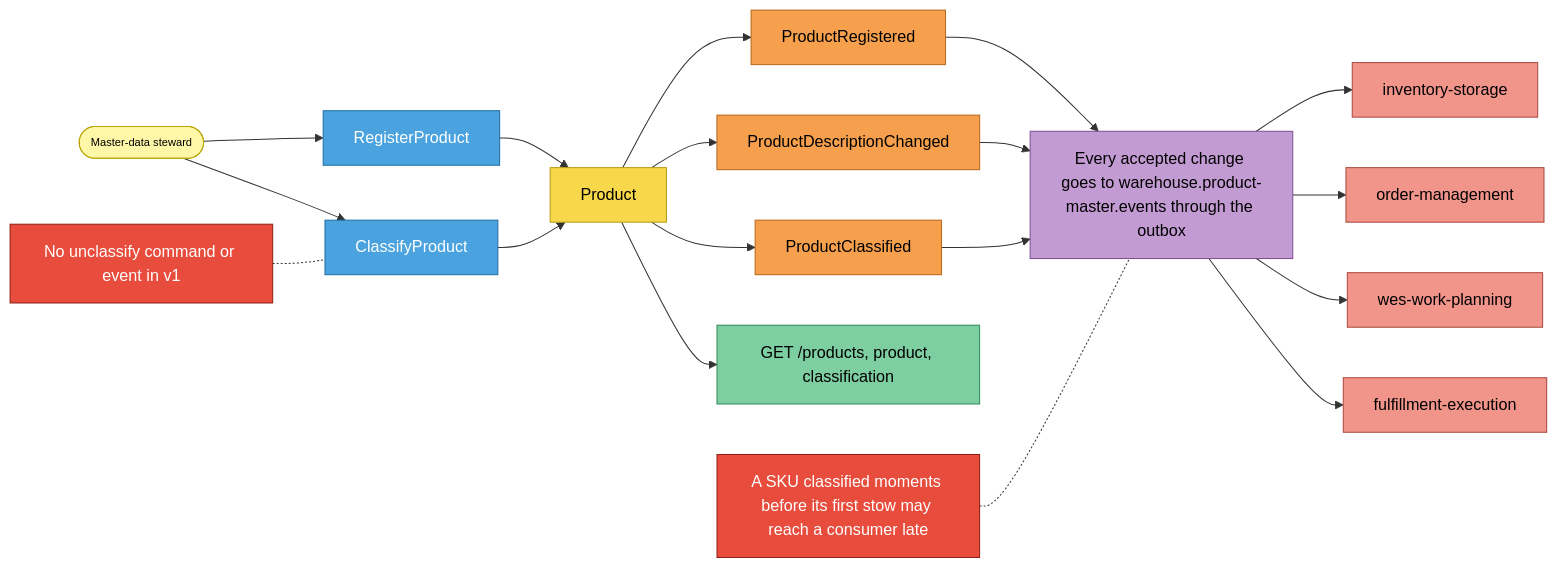
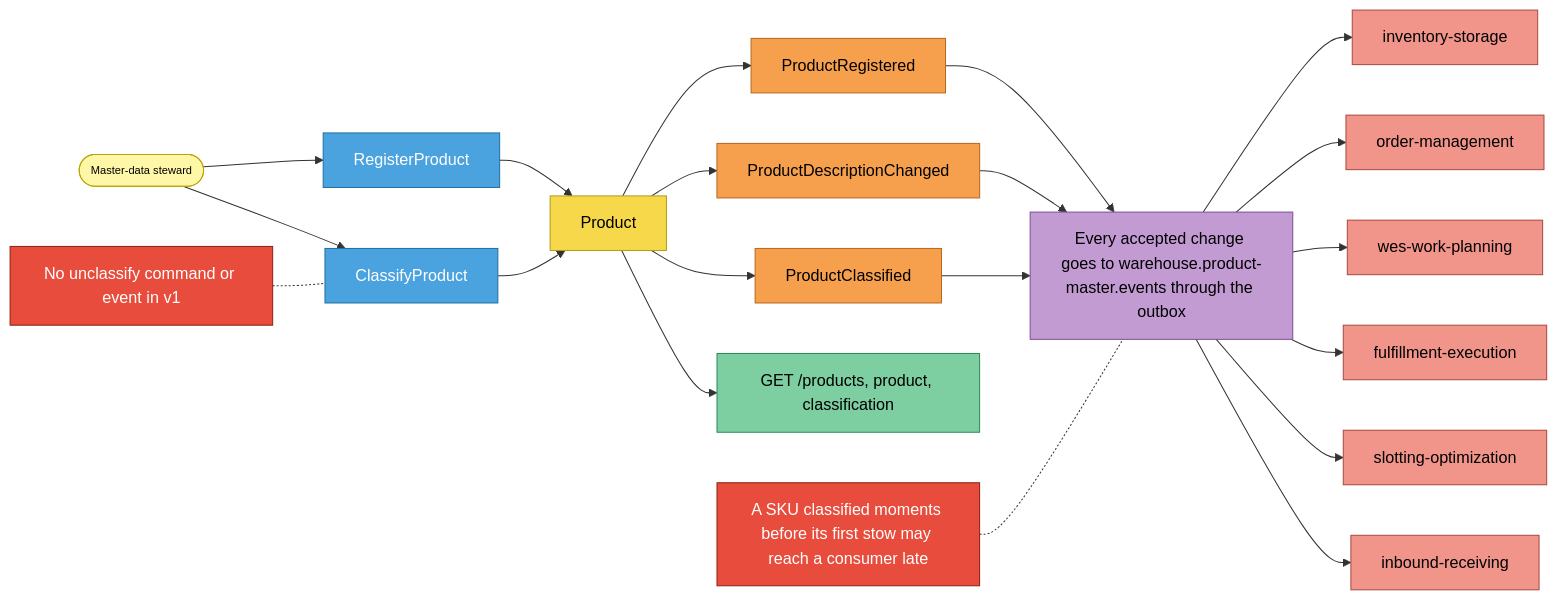
The second of 4 diagrams in docs/docs/ddd/eventstorming.md (IQVO/product-master), drawn with Mermaid before and after one commit. The commit also changed other lines of this file and 13 other files, not shown here.

````diff
--- a/docs/docs/ddd/eventstorming.md
+++ b/docs/docs/ddd/eventstorming.md
@@ -42,29 +43,31 @@
 ```mermaid
 flowchart LR
   ST([Master-data steward]):::actor --> C1[RegisterProduct]:::command
   C1 --> A1[Product]:::aggregate
   A1 --> E1[ProductRegistered]:::event
   A1 --> E2[ProductDescriptionChanged]:::event
   ST --> C2[ClassifyProduct]:::command
   C2 --> A1
   A1 --> E3[ProductClassified]:::event
   E1 --> P1[Every accepted change goes to warehouse.product-master.events through the outbox]:::policy
   E2 --> P1
   E3 --> P1
   P1 --> INV[inventory-storage]:::external
   P1 --> OM[order-management]:::external
   P1 --> WWP[wes-work-planning]:::external
   P1 --> FE[fulfillment-execution]:::external
+  P1 --> SO[slotting-optimization]:::external
+  P1 --> IR[inbound-receiving]:::external
   A1 --> R1[GET /products, product, classification]:::readmodel
   H1[A SKU classified moments before its first stow may reach a consumer late]:::hotspot -.- P1
   H2[No unclassify command or event in v1]:::hotspot -.- C2
 
   classDef actor fill:#fff7a8,stroke:#b8a400,color:#000,font-size:11px
   classDef command fill:#4aa3df,stroke:#1f6fa3,color:#fff
   classDef aggregate fill:#f7d84a,stroke:#b39b12,color:#000
   classDef event fill:#f6a04d,stroke:#b8661c,color:#000
   classDef policy fill:#c39bd3,stroke:#7d4f91,color:#000
   classDef readmodel fill:#7dcea0,stroke:#2f8a57,color:#000
   classDef external fill:#f1948a,stroke:#a9483e,color:#000
   classDef hotspot fill:#e74c3c,stroke:#8e1f14,color:#fff
 ```
````
